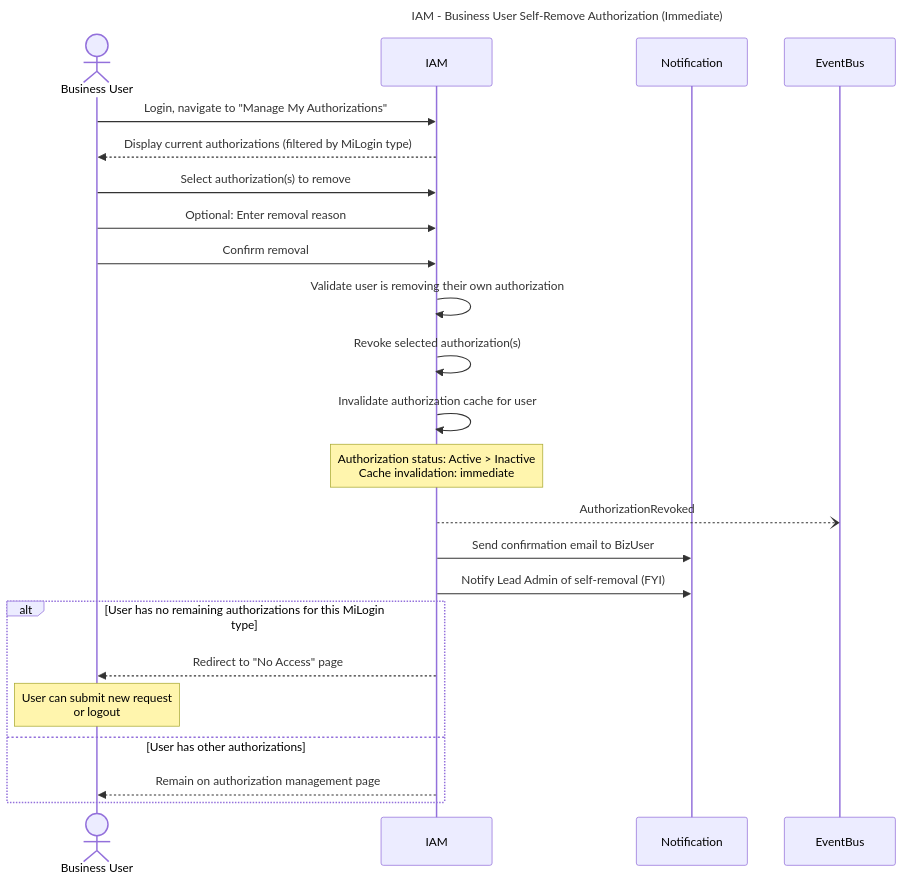
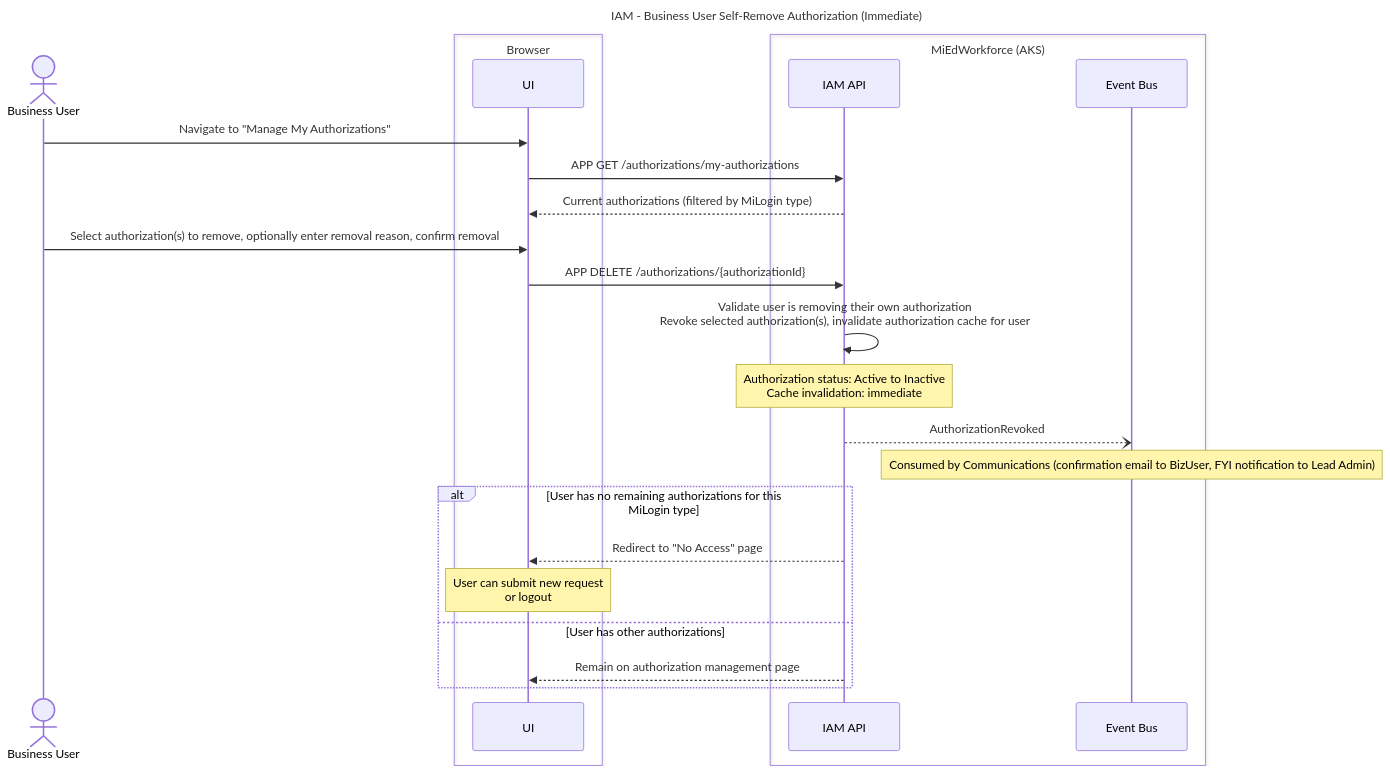
Before and after one commit to mnichols-dl/mied-design: the tenth of 23 diagrams in working-docs/solution-areas/iam/iam-sequences.md, drawn with Mermaid. The commit also changed other lines of this file and 34 other files, not shown here.

Commit message:
Update sequences and perform RTM assessment

````diff
--- a/working-docs/solution-areas/iam/iam-sequences.md
+++ b/working-docs/solution-areas/iam/iam-sequences.md
@@ -537,34 +571,35 @@
 ```mermaid
 ---
 title: IAM - Business User Self-Remove Authorization (Immediate)
 ---
 sequenceDiagram
     actor BizUser as Business User
-    participant IAM
-    participant Notification
-    participant EventBus
-    
-    BizUser->>IAM: Login, navigate to "Manage My Authorizations"
-    IAM-->>BizUser: Display current authorizations (filtered by MiLogin type)
-    
-    BizUser->>IAM: Select authorization(s) to remove
-    BizUser->>IAM: Optional: Enter removal reason
-    BizUser->>IAM: Confirm removal
-    
-    IAM->>IAM: Validate user is removing their own authorization
-    IAM->>IAM: Revoke selected authorization(s)
-    IAM->>IAM: Invalidate authorization cache for user
-    
-    Note over IAM: Authorization status: Active > Inactive<br/>Cache invalidation: immediate
-    
-    IAM--)EventBus: AuthorizationRevoked
-    IAM->>Notification: Send confirmation email to BizUser
-    IAM->>Notification: Notify Lead Admin of self-removal (FYI)
-    
+    box Browser
+    participant UI
+    end
+    box MiEdWorkforce (AKS)
+    participant IamApi as IAM API
+    participant EventBus as Event Bus
+    end
+
+    BizUser->>UI: Navigate to "Manage My Authorizations"
+    UI->>IamApi: APP GET /authorizations/my-authorizations
+    IamApi-->>UI: Current authorizations (filtered by MiLogin type)
+
+    BizUser->>UI: Select authorization(s) to remove, optionally enter removal reason, confirm removal
+    UI->>IamApi: APP DELETE /authorizations/{authorizationId}
+
+    IamApi->>IamApi: Validate user is removing their own authorization<br/>Revoke selected authorization(s), invalidate authorization cache for user
+
+    Note over IamApi: Authorization status: Active to Inactive<br/>Cache invalidation: immediate
+
+    IamApi--)EventBus: AuthorizationRevoked
+    Note over EventBus: Consumed by Communications (confirmation email to BizUser, FYI notification to Lead Admin)
+
     alt User has no remaining authorizations for this MiLogin type
-        IAM-->>BizUser: Redirect to "No Access" page
-        Note over BizUser: User can submit new request<br/>or logout
+        IamApi-->>UI: Redirect to "No Access" page
+        Note over UI: User can submit new request<br/>or logout
     else User has other authorizations
-        IAM-->>BizUser: Remain on authorization management page
+        IamApi-->>UI: Remain on authorization management page
     end
 ```
````
